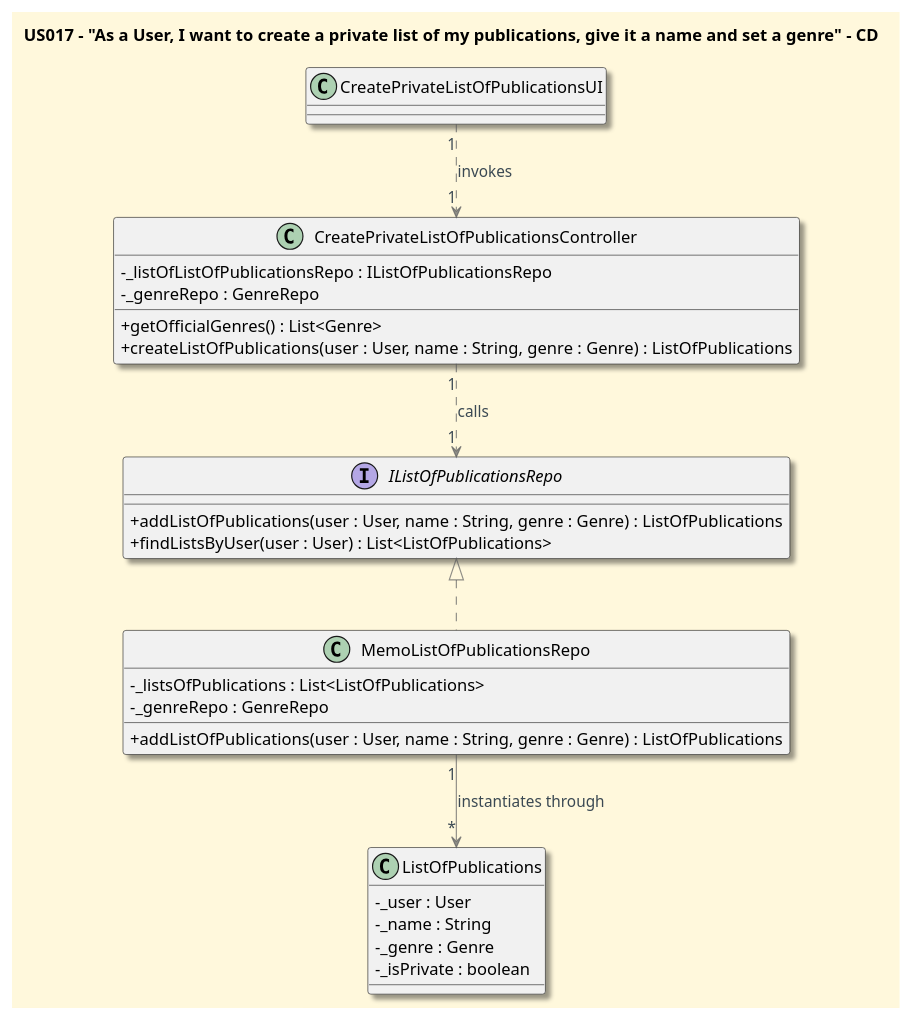
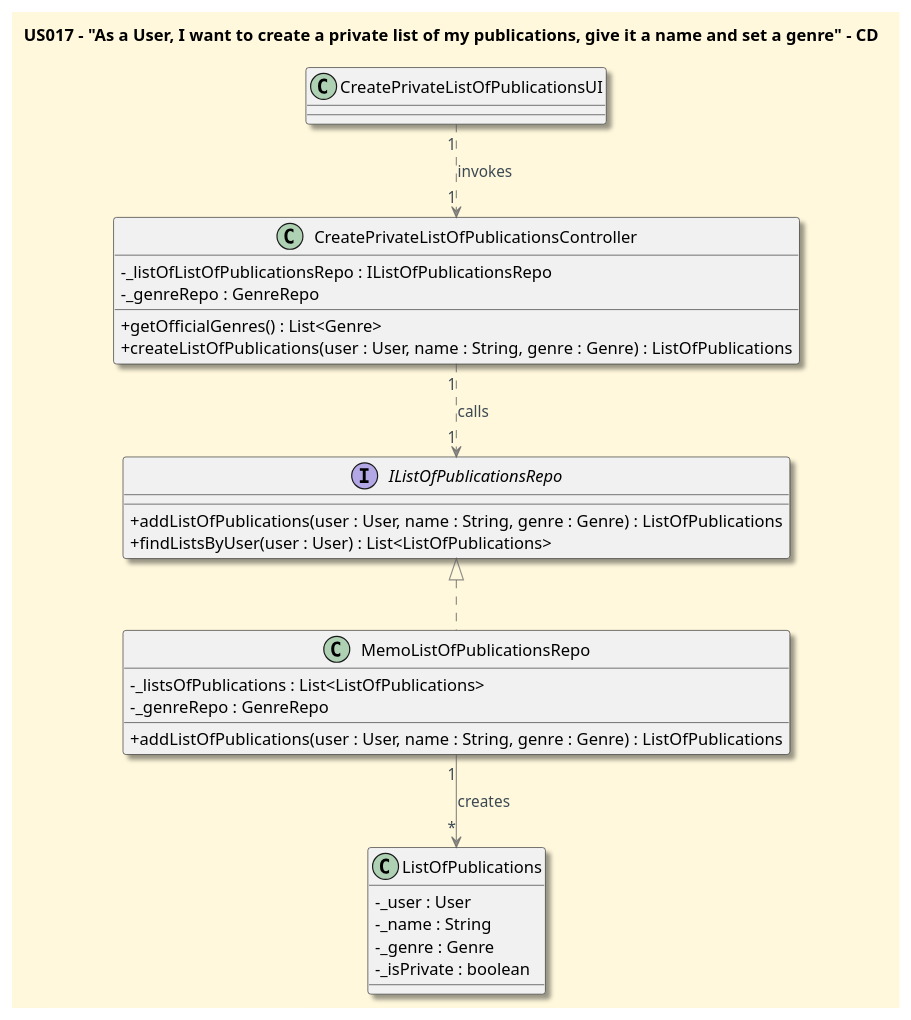
One commit to CarolinaLeite-collab/JavaMarketplacePlatform changed the diagram in docs/userStories/US017/US017_to_create_a_private_list_CD.puml. Above: the diagram before and after it, drawn with PlantUML.

Commit message:
fix: Apply suggestion from @rafaelar27 ref #426

```diff
--- a/docs/userStories/US017/US017_to_create_a_private_list_CD.puml
+++ b/docs/userStories/US017/US017_to_create_a_private_list_CD.puml
@@ -1,50 +1,50 @@
 @startuml
 '==== Title ====
 title US017 - "As a User, I want to create a private list of my publications, give it a name and set a genre" - CD
 top to bottom direction
 
 '==== basic style ====
 skinparam monochrome false
 skinparam shadowing true
 skinparam defaultFontName Futura
 skinparam objectFontSize 20
 skinparam backgroundColor CornSilk
 skinparam objectBackgroundColor WhiteSmoke
 skinparam noteBackgroundColor #FFFFE0
 skinparam ArrowFontColor #3B4953
 skinparam ArrowColor #57595BAA
 skinparam classAttributeIconSize 0
 
 '==== entities ====
 interface IListOfPublicationsRepo {
 + addListOfPublications(user : User, name : String, genre : Genre) : ListOfPublications
 + findListsByUser(user : User) : List<ListOfPublications>
 }
 
 class MemoListOfPublicationsRepo {
 - _listsOfPublications : List<ListOfPublications>
 - _genreRepo : GenreRepo
 + addListOfPublications(user : User, name : String, genre : Genre) : ListOfPublications
 }
 
 class CreatePrivateListOfPublicationsController {
 	-_listOfListOfPublicationsRepo : IListOfPublicationsRepo
 	-_genreRepo : GenreRepo
 	+ getOfficialGenres() : List<Genre>
 	+ createListOfPublications(user : User, name : String, genre : Genre) : ListOfPublications
 }
 
 Class ListOfPublications {
 -_user : User
 -_name : String
 -_genre : Genre
 -_isPrivate : boolean
 }
 
 '==== connections ====
-MemoListOfPublicationsRepo "1" --> "*" ListOfPublications: instantiates through
+MemoListOfPublicationsRepo "1" --> "*" ListOfPublications: creates
 IListOfPublicationsRepo <|.. MemoListOfPublicationsRepo
 CreatePrivateListOfPublicationsController  "1" ..> "1" IListOfPublicationsRepo: calls
 CreatePrivateListOfPublicationsUI "1" ..> "1" CreatePrivateListOfPublicationsController: invokes
 
 @enduml
```
